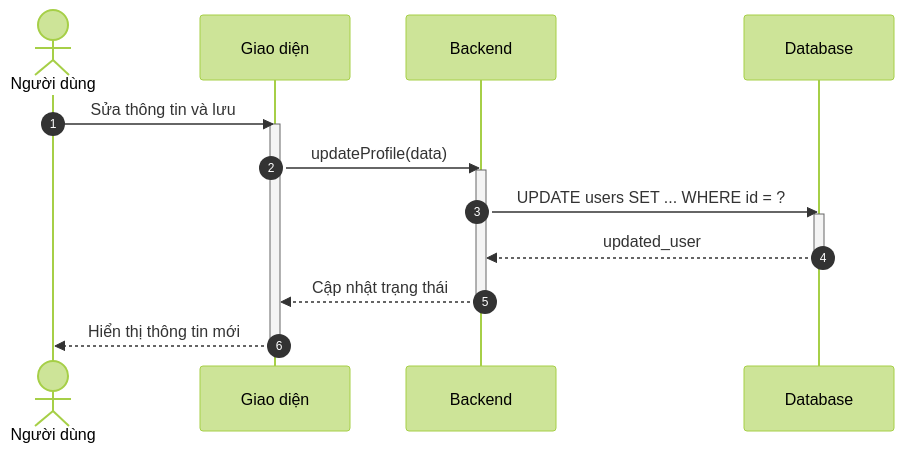
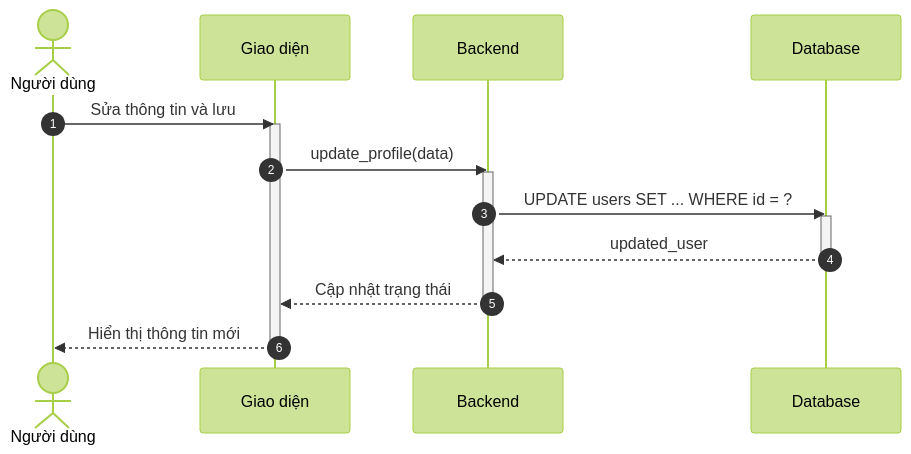
The sixth of 7 diagrams in docs/design/sequences/authentication.md (ngoctinn/Synapse), drawn with Mermaid (forest theme) before and after one commit. The commit also changed other lines of this file and 4 other files, not shown here.

Commit message:
docs: Add activity and sequence diagrams for authentication, customer, receptionist, and technician flows.

````diff
--- a/docs/design/sequences/authentication.md
+++ b/docs/design/sequences/authentication.md
@@ -177,24 +177,24 @@
 ```mermaid
 sequenceDiagram
     autonumber
     actor ND as Người dùng
     participant UI as Giao diện
     participant BE as Backend
     participant DB as Database
 
     ND->>UI: Sửa thông tin và lưu
     activate UI
-    UI->>BE: updateProfile(data)
+    UI->>BE: update_profile(data)
     activate BE
 
     BE->>DB: UPDATE users SET ... WHERE id = ?
     activate DB
     DB-->>BE: updated_user
     deactivate DB
 
     BE-->>UI: Cập nhật trạng thái
     deactivate BE
 
     UI-->>ND: Hiển thị thông tin mới
     deactivate UI
 ```
````
